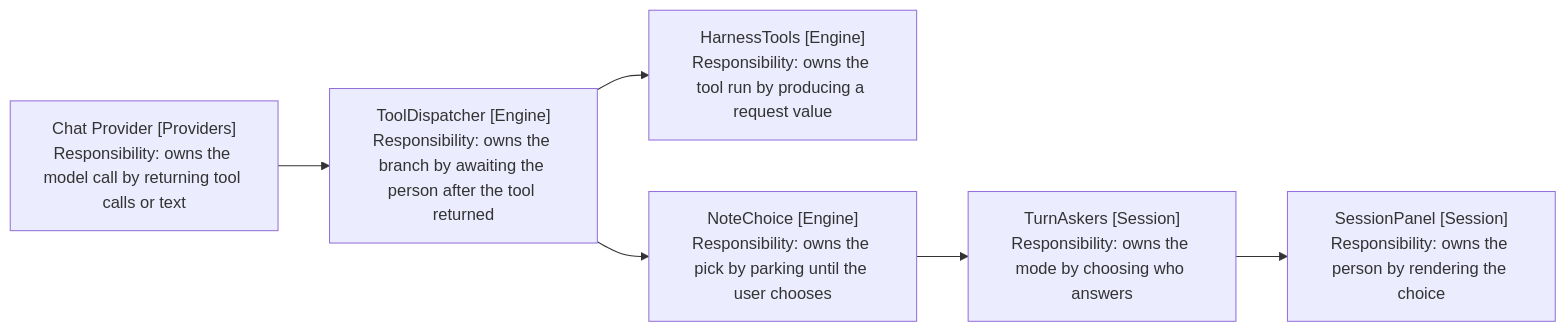
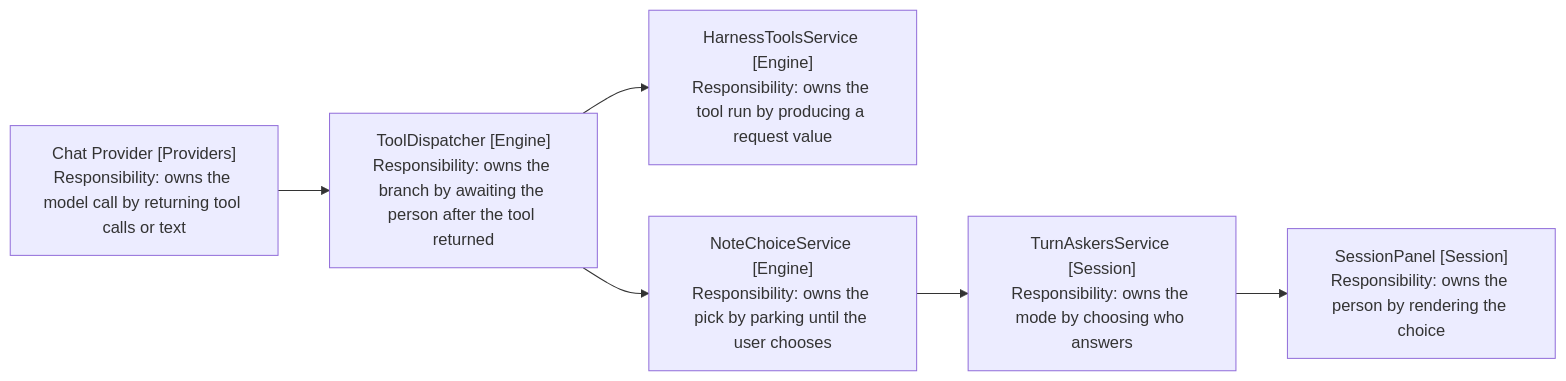
The second of 2 diagrams in docs/spec/15-architecture-cleanup/3-diagram.md (iparips/obsidian-owl), drawn with Mermaid before and after one commit. The commit also changed other lines of this file and 43 other files, not shown here.

````diff
--- a/docs/spec/15-architecture-cleanup/3-diagram.md
+++ b/docs/spec/15-architecture-cleanup/3-diagram.md
@@ -98,15 +98,15 @@
 ```mermaid
 flowchart LR
     Model["Chat Provider [Providers]<br/>Responsibility: owns the model call by returning tool calls or text"]
-    HarnessTools["HarnessTools [Engine]<br/>Responsibility: owns the tool run by producing a request value"]
+    HarnessToolsService["HarnessToolsService [Engine]<br/>Responsibility: owns the tool run by producing a request value"]
     ToolDispatcher["ToolDispatcher [Engine]<br/>Responsibility: owns the branch by awaiting the person after the tool returned"]
-    NoteChoice["NoteChoice [Engine]<br/>Responsibility: owns the pick by parking until the user chooses"]
-    TurnAskers["TurnAskers [Session]<br/>Responsibility: owns the mode by choosing who answers"]
+    NoteChoiceService["NoteChoiceService [Engine]<br/>Responsibility: owns the pick by parking until the user chooses"]
+    TurnAskersService["TurnAskersService [Session]<br/>Responsibility: owns the mode by choosing who answers"]
     Panel["SessionPanel [Session]<br/>Responsibility: owns the person by rendering the choice"]
 
     Model --> ToolDispatcher
-    ToolDispatcher --> HarnessTools
-    ToolDispatcher --> NoteChoice
-    NoteChoice --> TurnAskers
-    TurnAskers --> Panel
+    ToolDispatcher --> HarnessToolsService
+    ToolDispatcher --> NoteChoiceService
+    NoteChoiceService --> TurnAskersService
+    TurnAskersService --> Panel
 ```
````
